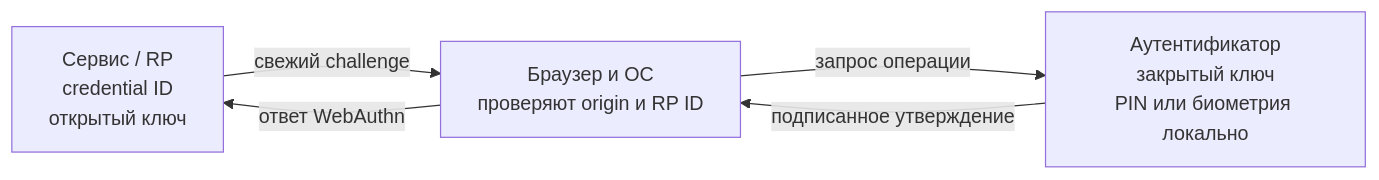
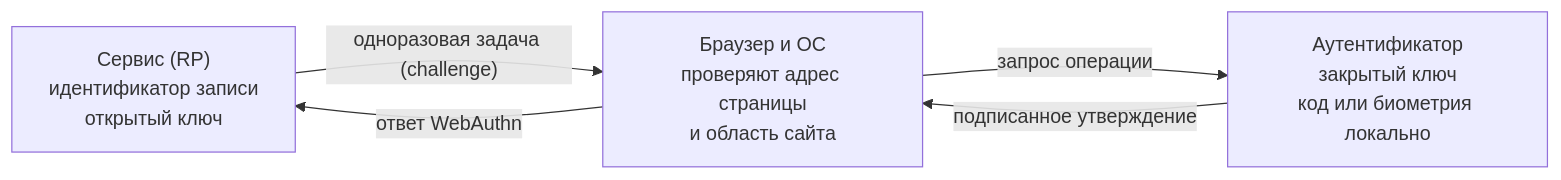
The diagram in FIDO/fido-history.md (zapret-discordyoutube/todo), drawn with Mermaid before and after one commit. The commit also changed other lines of this file and 8 other files, not shown here.

````diff
--- a/FIDO/fido-history.md
+++ b/FIDO/fido-history.md
@@ -93,7 +42,7 @@
 ```mermaid
 flowchart LR
-    RP["Сервис / RP<br>credential ID<br>открытый ключ"] -->|"свежий challenge"| Client["Браузер и ОС<br>проверяют origin и RP ID"]
-    Client -->|"запрос операции"| Auth["Аутентификатор<br>закрытый ключ<br>PIN или биометрия локально"]
+    RP["Сервис (RP)<br>идентификатор записи<br>открытый ключ"] -->|"одноразовая задача (challenge)"| Client["Браузер и ОС<br>проверяют адрес страницы<br>и область сайта"]
+    Client -->|"запрос операции"| Auth["Аутентификатор<br>закрытый ключ<br>код или биометрия локально"]
     Auth -->|"подписанное утверждение"| Client
     Client -->|"ответ WebAuthn"| RP
 ```
````
